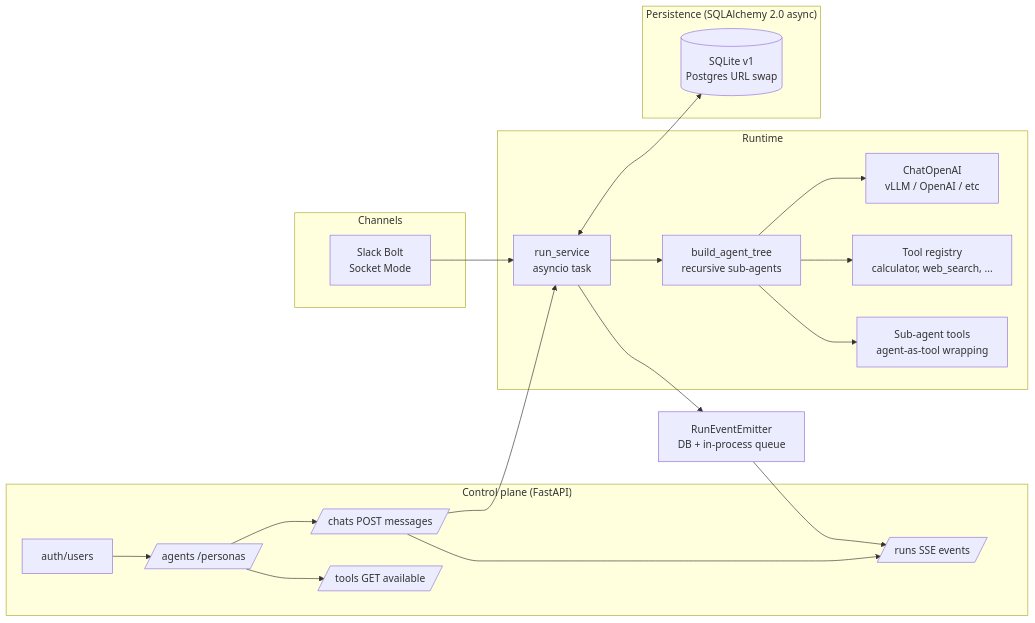
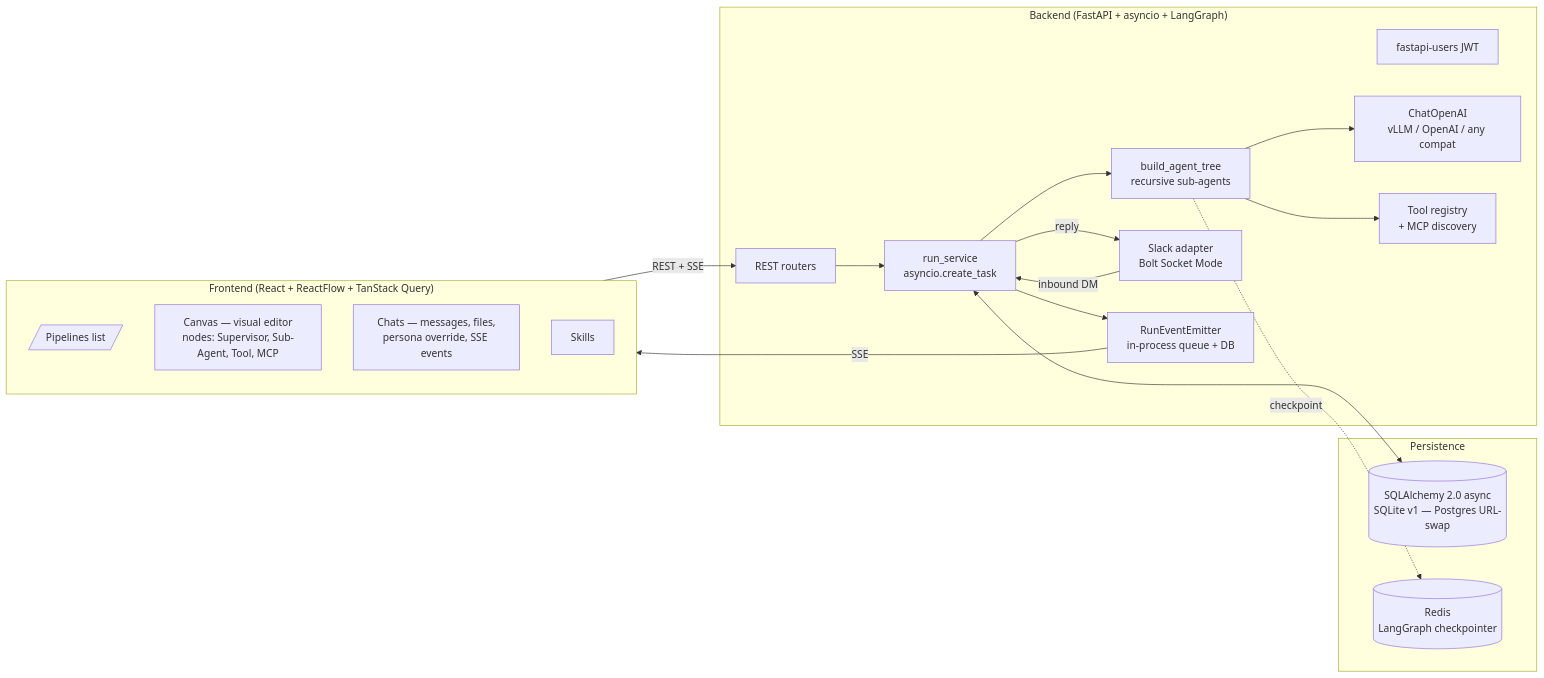
Before and after one commit to deshwalmahesh/open-agent-orchestrator: the diagram in README.md, drawn with Mermaid. The commit also changed other lines of this file and 24 other files, not shown here.

First line of the commit message:
pipelines model, Slack single-active, Postgres-safe bootstrap, UX cleanup

````diff
--- a/README.md
+++ b/README.md
@@ -11,30 +11,37 @@
 ```mermaid
 flowchart LR
-  subgraph Control["Control plane (FastAPI)"]
-    A[auth/users] --> R1[/agents /personas/]
-    R1 --> R2[/chats POST messages/]
-    R2 --> R3[/runs SSE events/]
-    R1 --> R4[/tools GET available/]
+  subgraph FE["Frontend (React + ReactFlow + TanStack Query)"]
+    PG[/Pipelines list/]
+    CV[Canvas — visual editor<br/>nodes: Supervisor, Sub-Agent, Tool, MCP]
+    CH[Chats — messages, files,<br/>persona override, SSE events]
+    SK[Skills]
   end
 
-  subgraph Runtime["Runtime"]
-    RS[run_service<br/>asyncio task] --> BA[build_agent_tree<br/>recursive sub-agents]
-    BA --> LL[ChatOpenAI<br/>vLLM / OpenAI / etc]
-    BA --> TR[Tool registry<br/>calculator, web_search, ...]
-    BA --> SA2[Sub-agent tools<br/>agent-as-tool wrapping]
+  subgraph BE["Backend (FastAPI + asyncio + LangGraph)"]
+    AUTH[fastapi-users JWT]
+    API[REST routers]
+    RS[run_service<br/>asyncio.create_task]
+    BA[build_agent_tree<br/>recursive sub-agents]
+    LL[ChatOpenAI<br/>vLLM / OpenAI / any compat]
+    TR[Tool registry<br/>+ MCP discovery]
+    SL[Slack adapter<br/>Bolt Socket Mode]
+    EM[RunEventEmitter<br/>in-process queue + DB]
   end
 
-  subgraph Persist["Persistence (SQLAlchemy 2.0 async)"]
-    SQL[(SQLite v1<br/>Postgres URL swap)]
+  subgraph DATA["Persistence"]
+    DB[(SQLAlchemy 2.0 async<br/>SQLite v1 — Postgres URL-swap)]
+    RD[(Redis<br/>LangGraph checkpointer)]
   end
 
-  subgraph Channels["Channels"]
-    SA[Slack Bolt<br/>Socket Mode]
-  end
-
-  R2 --> RS
-  RS <--> SQL
-  RS --> EM[RunEventEmitter<br/>DB + in-process queue]
-  EM --> R3
-  SA --> RS
+  FE -->|REST + SSE| API
+  API --> RS
+  RS --> BA
+  BA --> LL
+  BA --> TR
+  RS <--> DB
+  RS --> EM
+  EM -->|SSE| FE
+  SL -->|inbound DM| RS
+  RS -->|reply| SL
+  BA -.checkpoint.-> RD
 ```
````
